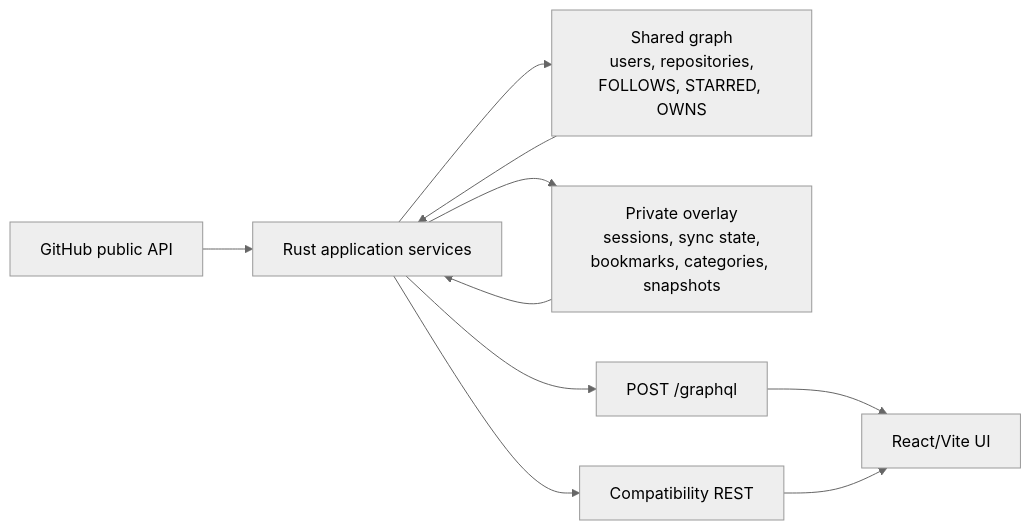
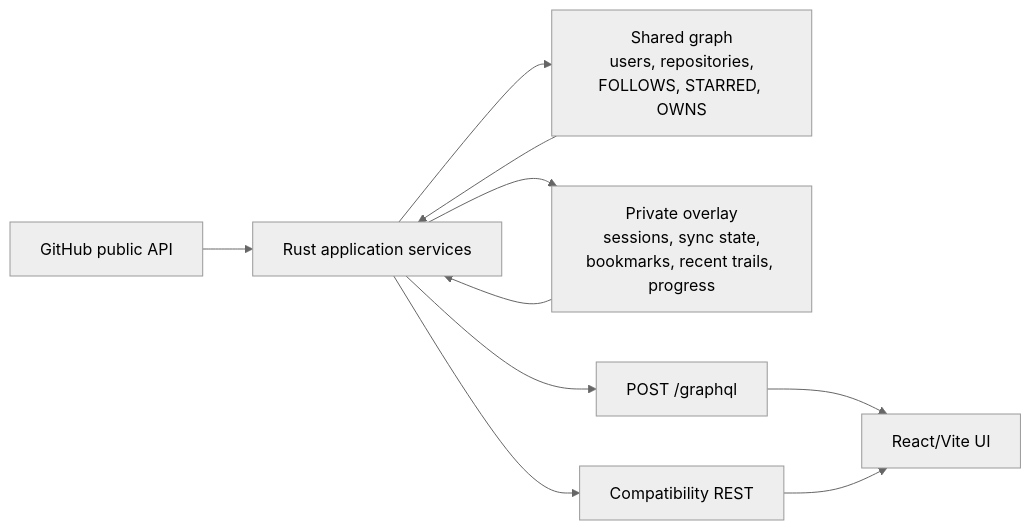
One commit to Paul-M-Kallarackal/gitexplore changed the second of 2 diagrams in docs/architecture.md. Above: the diagram before and after it, drawn with Mermaid (neutral theme). The commit also changed other lines of this file and 19 other files, not shown here.

Commit message:
Persist exploration history and speed up graph loading (#10)

````diff
--- a/docs/architecture.md
+++ b/docs/architecture.md
@@ -34,20 +34,20 @@
 ```mermaid
 flowchart LR
     github["GitHub public API"]
     service["Rust application services"]
     public["Shared graph\nusers, repositories,\nFOLLOWS, STARRED, OWNS"]
-    private["Private overlay\nsessions, sync state,\nbookmarks, categories, snapshots"]
+    private["Private overlay\nsessions, sync state,\nbookmarks, recent trails, progress"]
     graphql["POST /graphql"]
     rest["Compatibility REST"]
     web["React/Vite UI"]
 
     github --> service
     service --> public
     service --> private
     public --> service
     private --> service
     service --> graphql
     service --> rest
     graphql --> web
     rest --> web
 ```
````
